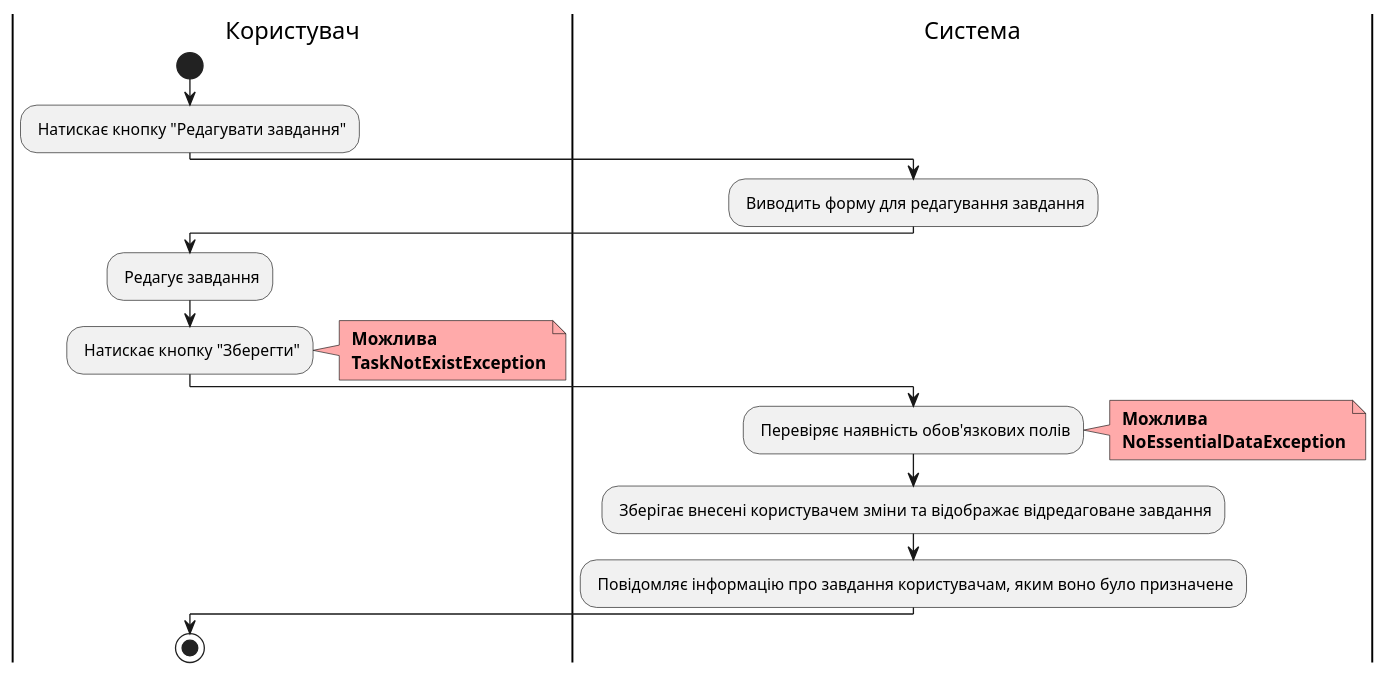
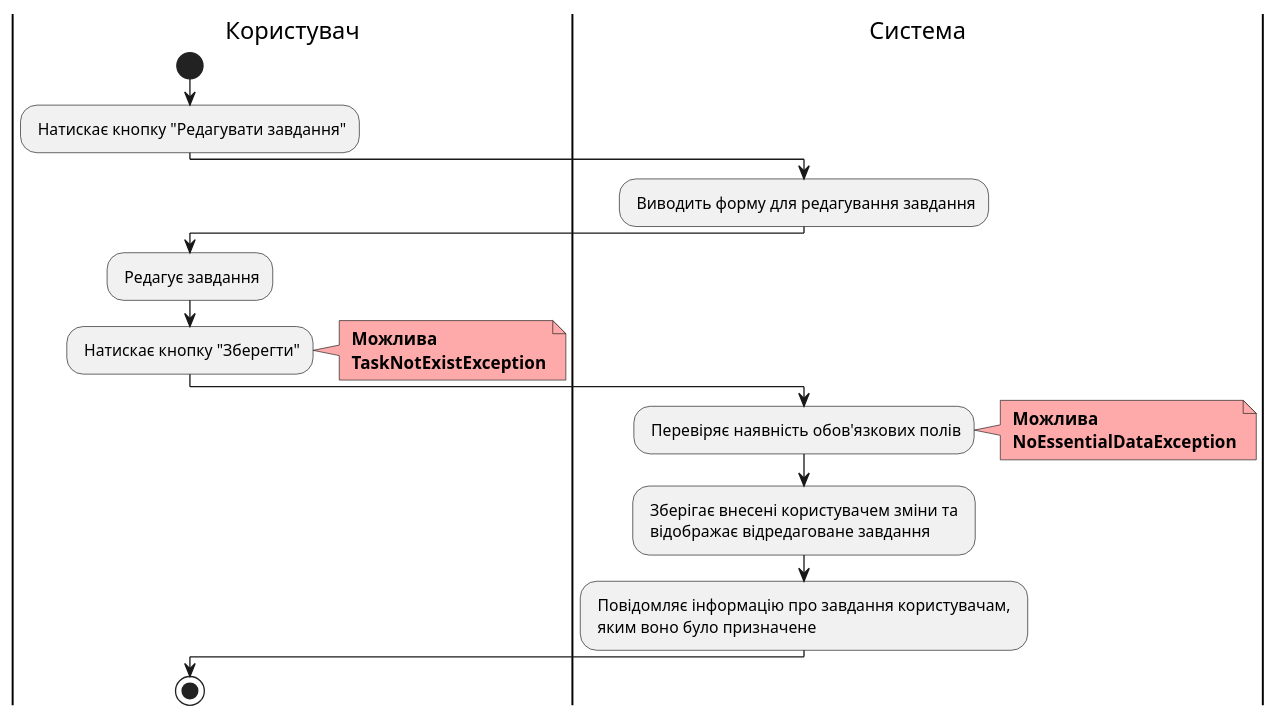
One commit to witchkaa/databases-course-work changed diagram 11 of 23 in docs/use cases/README.md. Above: the diagram before and after it, drawn with PlantUML. The commit also changed other lines of this file and 1 other file, not shown here.

```diff
--- a/docs/use cases/README.md
+++ b/docs/use cases/README.md
@@ -438,30 +438,30 @@
 @startuml
 
     |Користувач|
     start;
     : Натискає кнопку "Редагувати завдання";
 
     |Система|
         : Виводить форму для редагування завдання;
 
     |Користувач|
     : Редагує завдання;
     : Натискає кнопку "Зберегти";
     note right #ffaaaa
     <b> Можлива
     <b> TaskNotExistException
     end note
     
     
     |Система|
     : Перевіряє наявність обов'язкових полів;
     note right #ffaaaa
     <b> Можлива
     <b> NoEssentialDataException
     end note
-    : Зберігає внесені користувачем зміни та відображає відредаговане завдання;
-    : Повідомляє інформацію про завдання користувачам, яким воно було призначене;
+    : Зберігає внесені користувачем зміни та \n відображає відредаговане завдання;
+    : Повідомляє інформацію про завдання користувачам, \n яким воно було призначене;
 
     |Користувач|
         stop;
 @enduml
```
